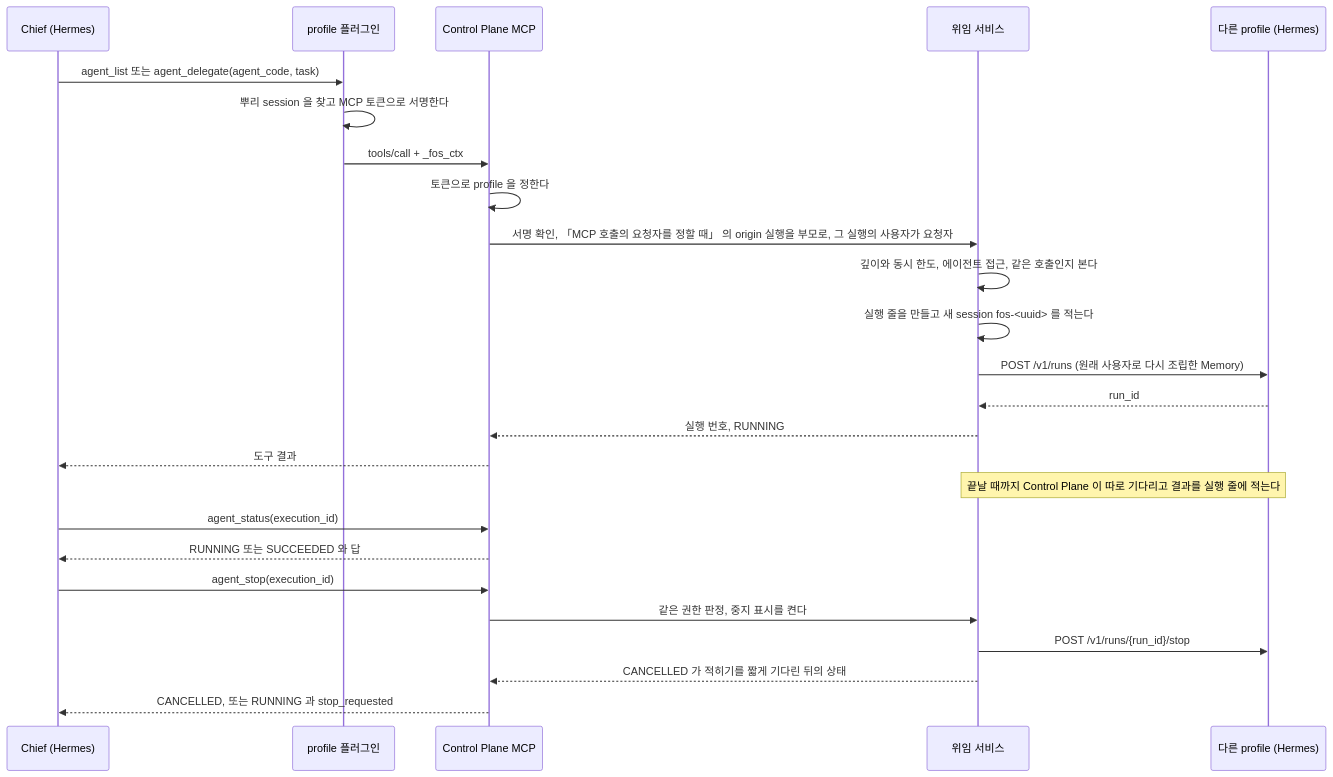
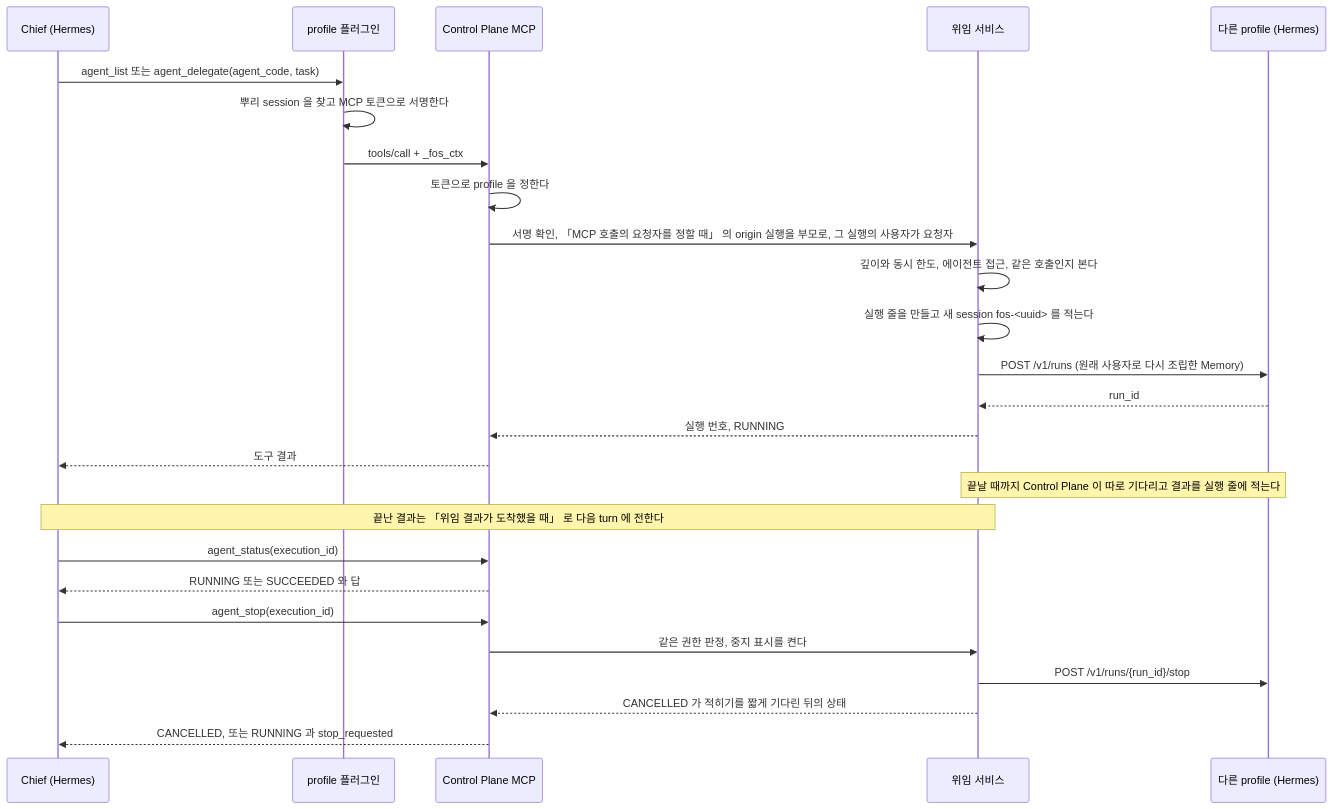
One commit to jon890/fos-assistant changed diagram 22 of 28 in docs/flow.md. Above: the diagram before and after it, drawn with Mermaid. The commit also changed other lines of this file and 13 other files, not shown here.

````diff
--- a/docs/flow.md
+++ b/docs/flow.md
@@ -1332,28 +1332,29 @@
 ```mermaid
 sequenceDiagram
     participant C as Chief (Hermes)
     participant P as profile 플러그인
     participant M as Control Plane MCP
     participant D as 위임 서비스
     participant H as 다른 profile (Hermes)
 
     C->>P: agent_list 또는 agent_delegate(agent_code, task)
     P->>P: 뿌리 session 을 찾고 MCP 토큰으로 서명한다
     P->>M: tools/call + _fos_ctx
     M->>M: 토큰으로 profile 을 정한다
     M->>D: 서명 확인, 「MCP 호출의 요청자를 정할 때」 의 origin 실행을 부모로, 그 실행의 사용자가 요청자
     D->>D: 깊이와 동시 한도, 에이전트 접근, 같은 호출인지 본다
     D->>D: 실행 줄을 만들고 새 session fos-<uuid> 를 적는다
     D->>H: POST /v1/runs (원래 사용자로 다시 조립한 Memory)
     H-->>D: run_id
     D-->>M: 실행 번호, RUNNING
     M-->>C: 도구 결과
     Note over D,H: 끝날 때까지 Control Plane 이 따로 기다리고 결과를 실행 줄에 적는다
+    Note over C,D: 끝난 결과는 「위임 결과가 도착했을 때」 로 다음 turn 에 전한다
     C->>M: agent_status(execution_id)
     M-->>C: RUNNING 또는 SUCCEEDED 와 답
     C->>M: agent_stop(execution_id)
     M->>D: 같은 권한 판정, 중지 표시를 켠다
     D->>H: POST /v1/runs/{run_id}/stop
     D-->>M: CANCELLED 가 적히기를 짧게 기다린 뒤의 상태
     M-->>C: CANCELLED, 또는 RUNNING 과 stop_requested
 ```
````
